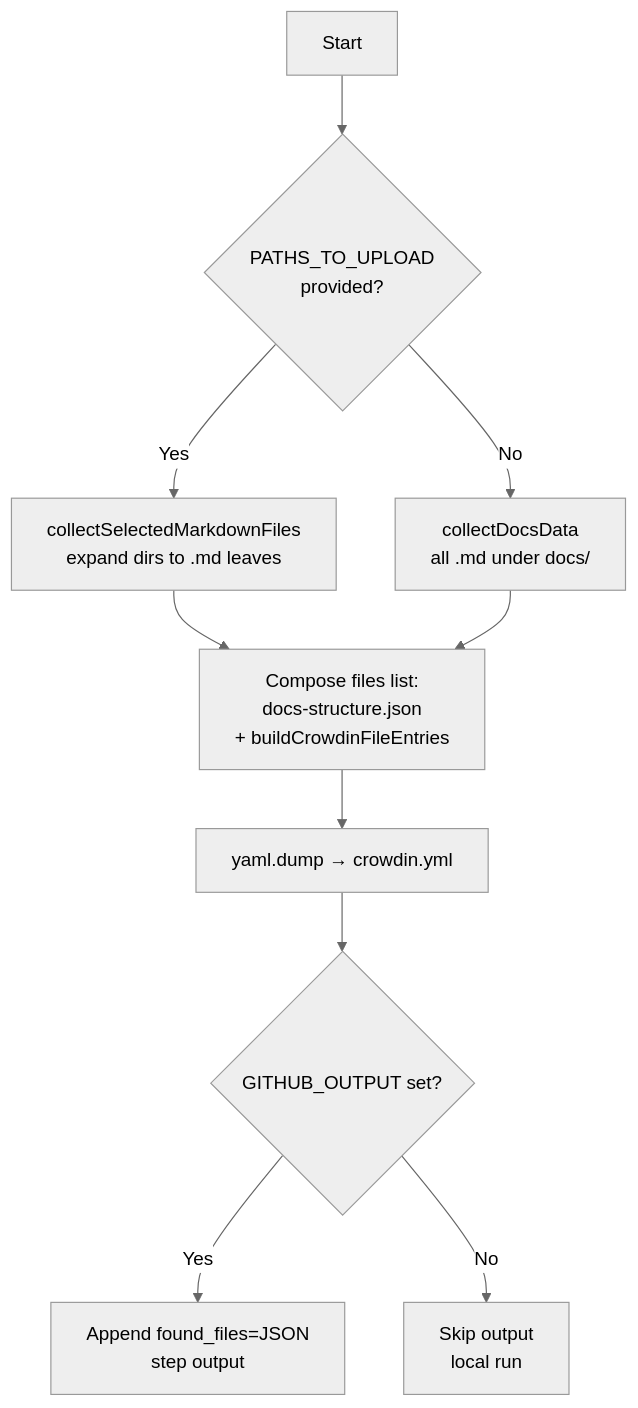
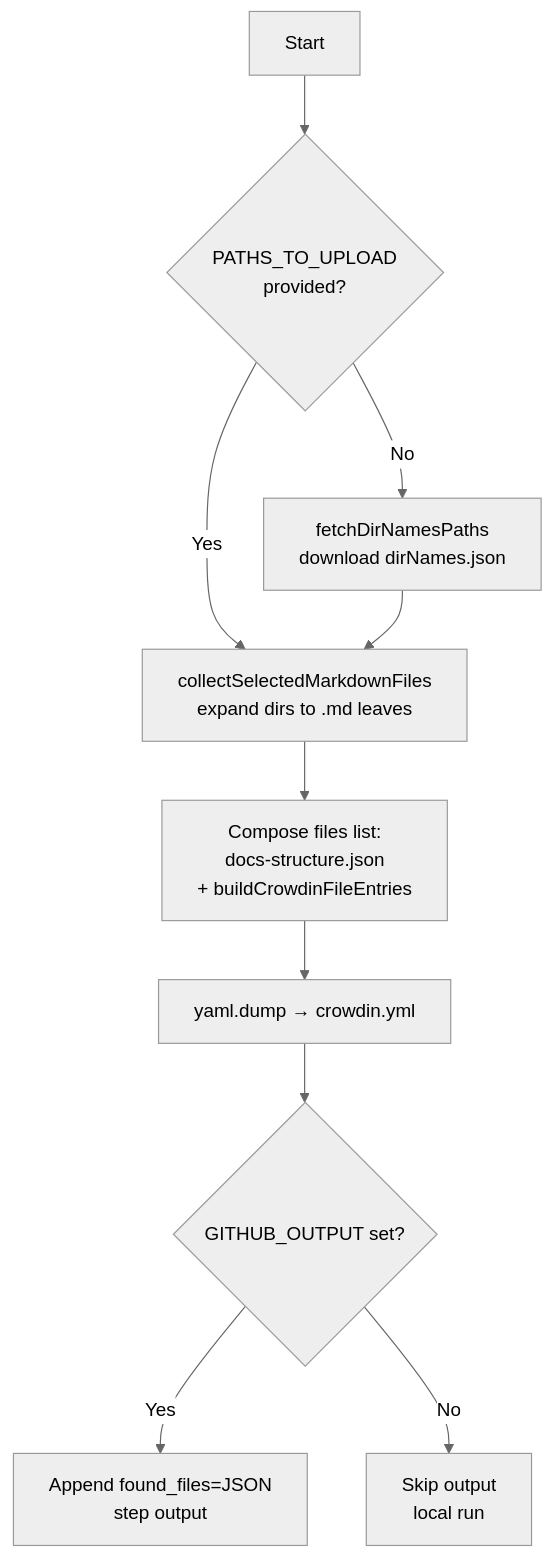
One commit to pagopa/devportal-docs changed the fourth of 5 diagrams in upload_sources_to_crowdin_workflow.md. Above: the diagram before and after it, drawn with Mermaid (neutral theme). The commit also changed other lines of this file and 7 other files, not shown here.

First line of the commit message:
[DEV-4124] Implement dirNames fetching for manifest generation and Crowdin upload (#209)

````diff
--- a/upload_sources_to_crowdin_workflow.md
+++ b/upload_sources_to_crowdin_workflow.md
@@ -171,12 +175,12 @@
 ```mermaid
 flowchart TD
     A[Start] --> B{PATHS_TO_UPLOAD<br/>provided?}
     B -- Yes --> C[collectSelectedMarkdownFiles<br/>expand dirs to .md leaves]
-    B -- No --> D[collectDocsData<br/>all .md under docs/]
+    B -- No --> N[fetchDirNamesPaths<br/>download dirNames.json]
+    N --> C
     C --> E[Compose files list:<br/>docs-structure.json<br/>+ buildCrowdinFileEntries]
-    D --> E
     E --> F[yaml.dump → crowdin.yml]
     F --> G{GITHUB_OUTPUT set?}
     G -- Yes --> H[Append found_files=JSON<br/>step output]
     G -- No --> I[Skip output<br/>local run]
 ```
````
